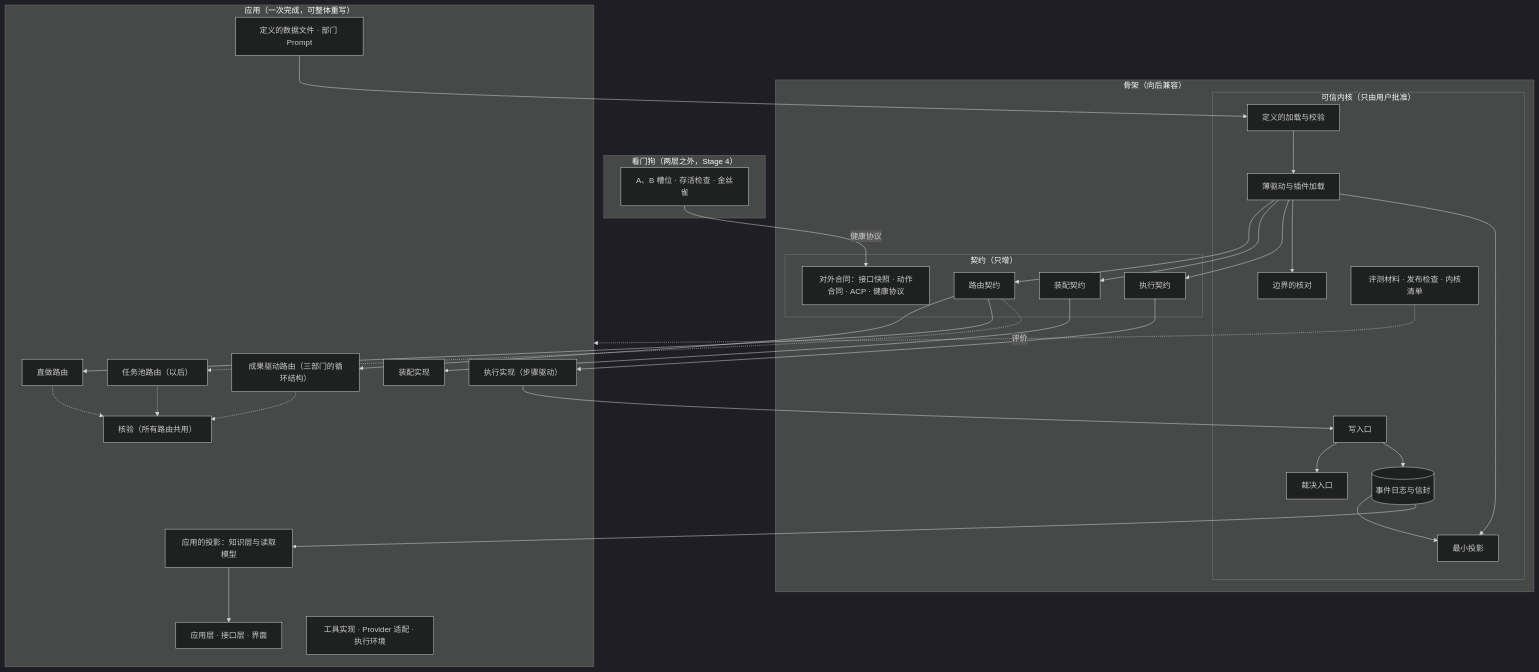
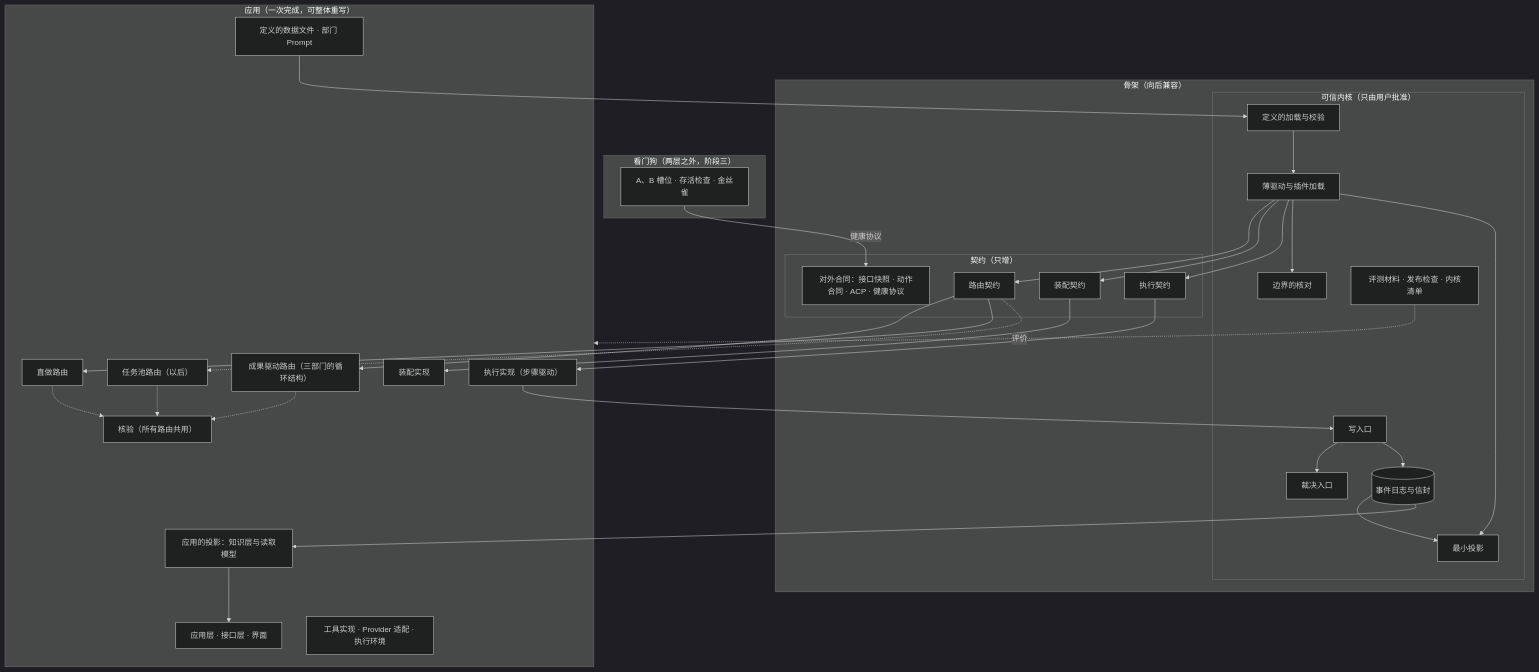
The second of 2 diagrams in docs/design/skeleton-and-application.md (bender2333/yudao), drawn with Mermaid (dark theme) before and after one commit. The commit also changed other lines of this file and 18 other files, not shown here.

First line of the commit message:
设计说明清理收尾（一）：删去「现状」列，旧阶段名换成现在路线图的阶段或道

````diff
--- a/docs/design/skeleton-and-application.md
+++ b/docs/design/skeleton-and-application.md
@@ -286,52 +286,52 @@
 ```mermaid
 flowchart TB
-  subgraph WD["看门狗（两层之外，Stage 4）"]
+  subgraph WD["看门狗（两层之外，阶段三）"]
     Slots["A、B 槽位 · 存活检查 · 金丝雀"]
   end
   subgraph SK["骨架（向后兼容）"]
     subgraph Kernel["可信内核（只由用户批准）"]
       Log[("事件日志与信封")]
       WP["写入口"]
       U["裁决入口"]
       Bnd["边界的核对"]
       MP["最小投影"]
       Def["定义的加载与校验"]
       Eval["评测材料 · 发布检查 · 内核清单"]
       Drv["薄驱动与插件加载"]
     end
     subgraph Contract["契约（只增）"]
       RC["路由契约"]
       AC["装配契约"]
       XC["执行契约"]
       Ext["对外合同：接口快照 · 动作合同 · ACP · 健康协议"]
     end
   end
   subgraph APP["应用（一次完成，可整体重写）"]
     Route["成果驱动路由（三部门的循环结构）"]
     Direct["直做路由"]
     Pool["任务池路由（以后）"]
     Verify["核验（所有路由共用）"]
     Asm["装配实现"]
     Exec["执行实现（步骤驱动）"]
     Know["应用的投影：知识层与读取模型"]
     UI["应用层 · 接口层 · 界面"]
     Tools["工具实现 · Provider 适配 · 执行环境"]
     Data["定义的数据文件 · 部门 Prompt"]
   end
   Slots -->|健康协议| Ext
   Drv --> RC --> Route
   RC --> Direct
   RC -.-> Pool
   Route & Direct & Pool -.-> Verify
   Drv --> AC --> Asm
   Drv --> XC --> Exec
   Drv --> Bnd
   Drv --> MP
   Exec --> WP --> U
   WP --> Log
   Log --> MP
   Log --> Know --> UI
   Def --> Drv
   Data --> Def
   Eval -.->|评价| APP
 ```
````
